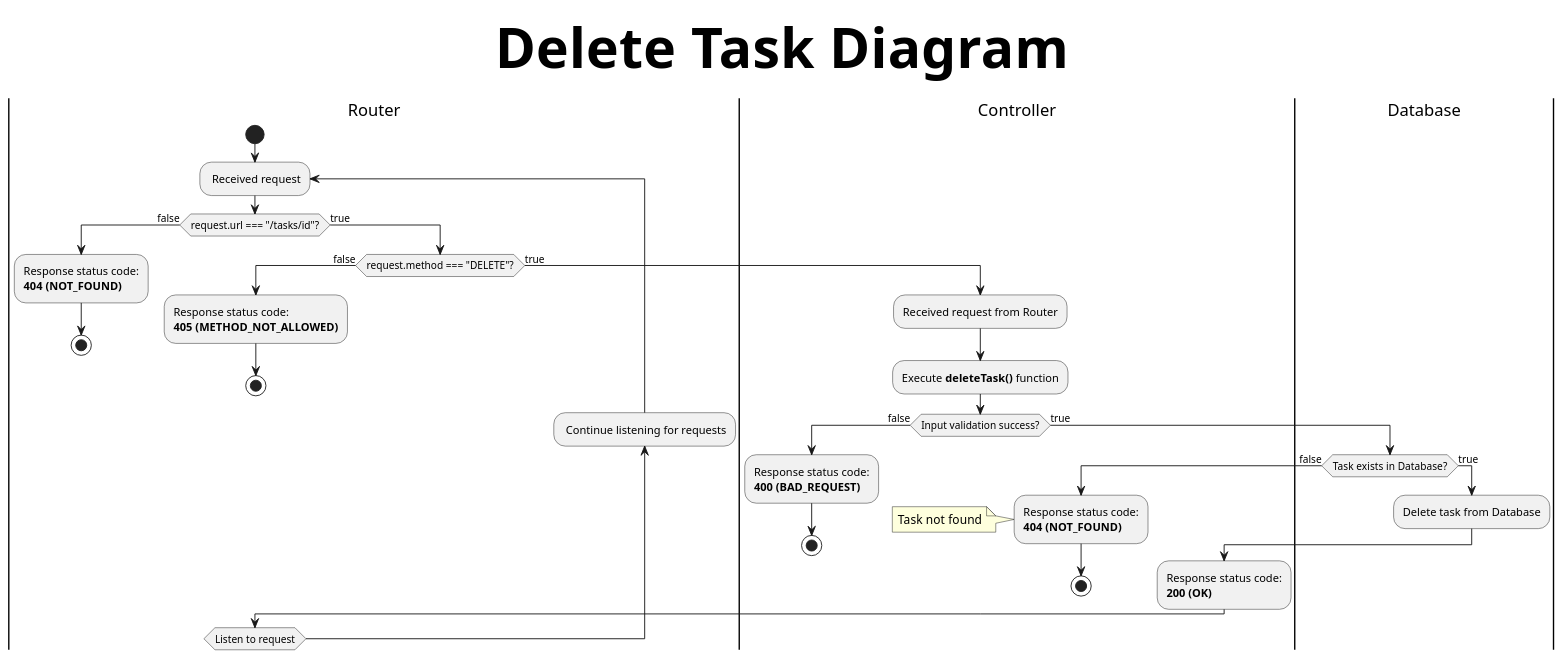
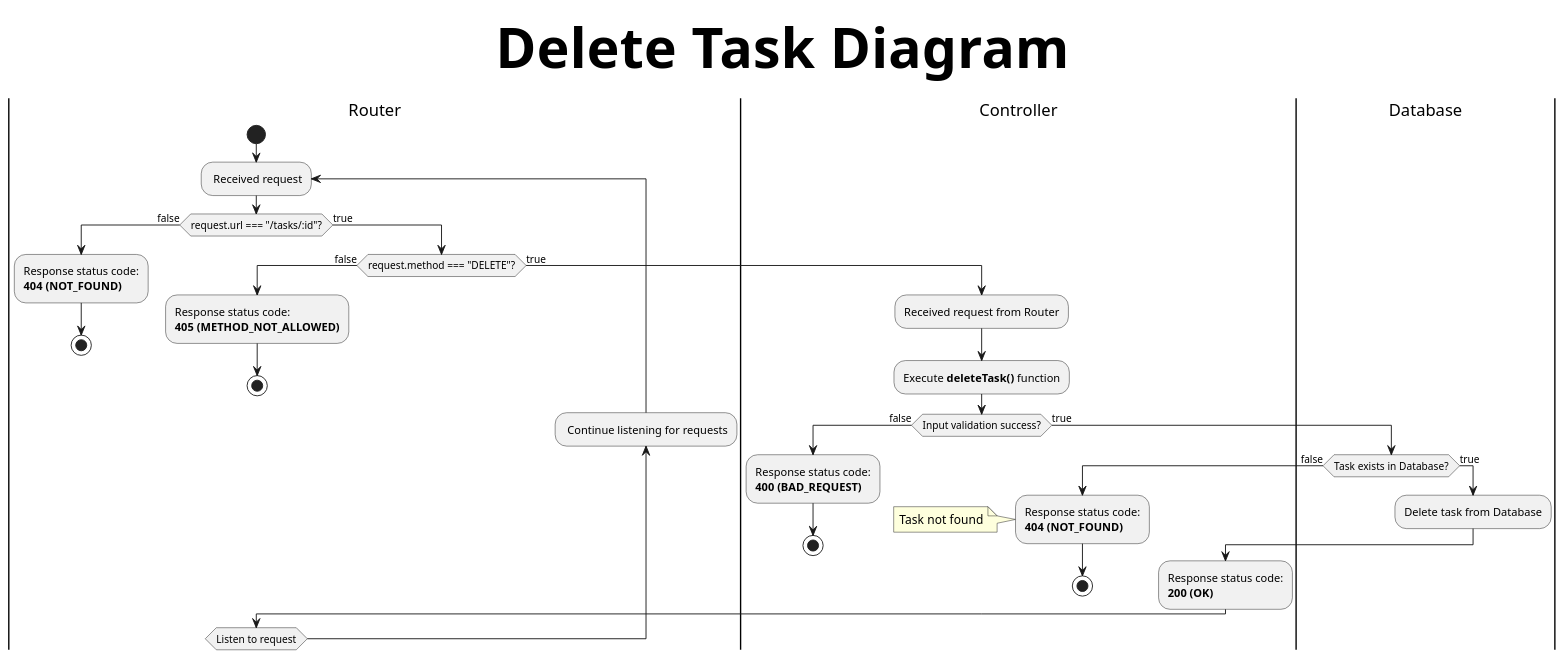
One commit to DoanLe2k1/TodoApp-API changed the diagram in diagrams/taskDiagrams/deleteTaskDiagram.pu. Above: the diagram before and after it, drawn with PlantUML. The commit also changed 10 other files, not shown here.

First line of the commit message:
Update: taskDiagrams & userDiagrams

```diff
--- a/diagrams/taskDiagrams/deleteTaskDiagram.pu
+++ b/diagrams/taskDiagrams/deleteTaskDiagram.pu
@@ -1,49 +1,49 @@
 @startuml
 title Delete Task Diagram
 skinparam titleFontSize 60
 |Router|
 start
 repeat: Received request
 
-if (request.url === "/tasks/id"?) then (false)
+if (request.url === "/tasks/:id"?) then (false)
     :Response status code:
     **404 (NOT_FOUND)**;
     stop
 else (true)
     if (request.method === "DELETE"?) then (false)
         :Response status code:
         **405 (METHOD_NOT_ALLOWED)**;
         stop
     else (true)
         |Controller|
         :Received request from Router;
         :Execute **deleteTask()** function;
 
         if (Input validation success?) then (false)
             :Response status code:
             **400 (BAD_REQUEST)**;
             'Validation failed
             stop
         else (true)
             |Database|
             if (Task exists in Database?) then (false)
                 |Controller|
                 :Response status code:
                 **404 (NOT_FOUND)**;
                 note left: Task not found
                 stop
             else (true)
                 |Database|
                 :Delete task from Database;
                 |Controller|
                 :Response status code:
                 **200 (OK)**;
             endif
         endif
     endif
 endif
 
 |Router|
 backward: Continue listening for requests;
 repeat while (Listen to request)
 @enduml
```
